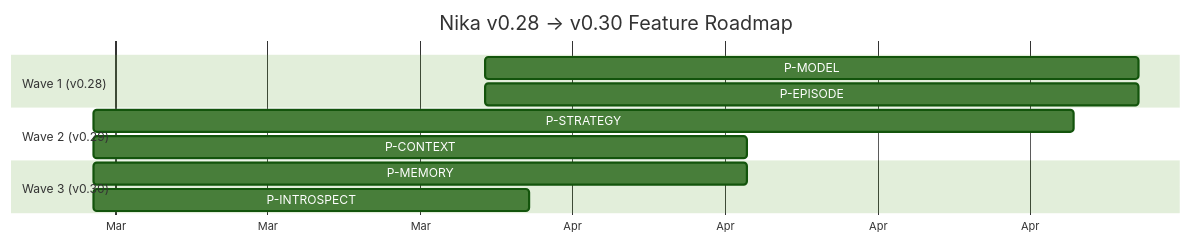
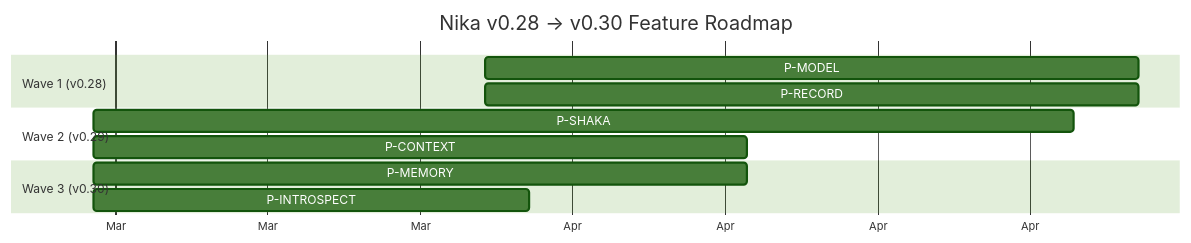
Before and after one commit to supernovae-st/nika: diagram 22 of 23 in docs/brainstorm/nika-evolution/11-nika-030-technical-reference.md, drawn with Mermaid (forest theme). The commit also changed other lines of this file and 12 other files, not shown here.

````diff
--- a/docs/brainstorm/nika-evolution/11-nika-030-technical-reference.md
+++ b/docs/brainstorm/nika-evolution/11-nika-030-technical-reference.md
@@ -1537,18 +1537,18 @@
 ```mermaid
 gantt
     title Nika v0.28 → v0.30 Feature Roadmap
     dateFormat YYYY-MM-DD
     axisFormat %b
 
     section Wave 1 (v0.28)
     P-MODEL: 4-slot model routing          :pm, 2026-04-01, 30d
-    P-EPISODE: Episode compression         :pe, 2026-04-01, 30d
+    P-RECORD: Record compression           :pe, 2026-04-01, 30d
 
     section Wave 2 (v0.29)
-    P-STRATEGY: Strategy orchestration     :ps, after pe, 45d
+    P-SHAKA: Shaka orchestration           :ps, after pe, 45d
     P-CONTEXT: Context budgets             :pc, after pe, 30d
 
     section Wave 3 (v0.30)
-    P-MEMORY: NovaNet episodic memory      :pmem, after ps, 30d
+    P-MEMORY: NovaNet persistent records   :pmem, after ps, 30d
     P-INTROSPECT: 6 introspection tools    :pi, after ps, 20d
 ```
````
